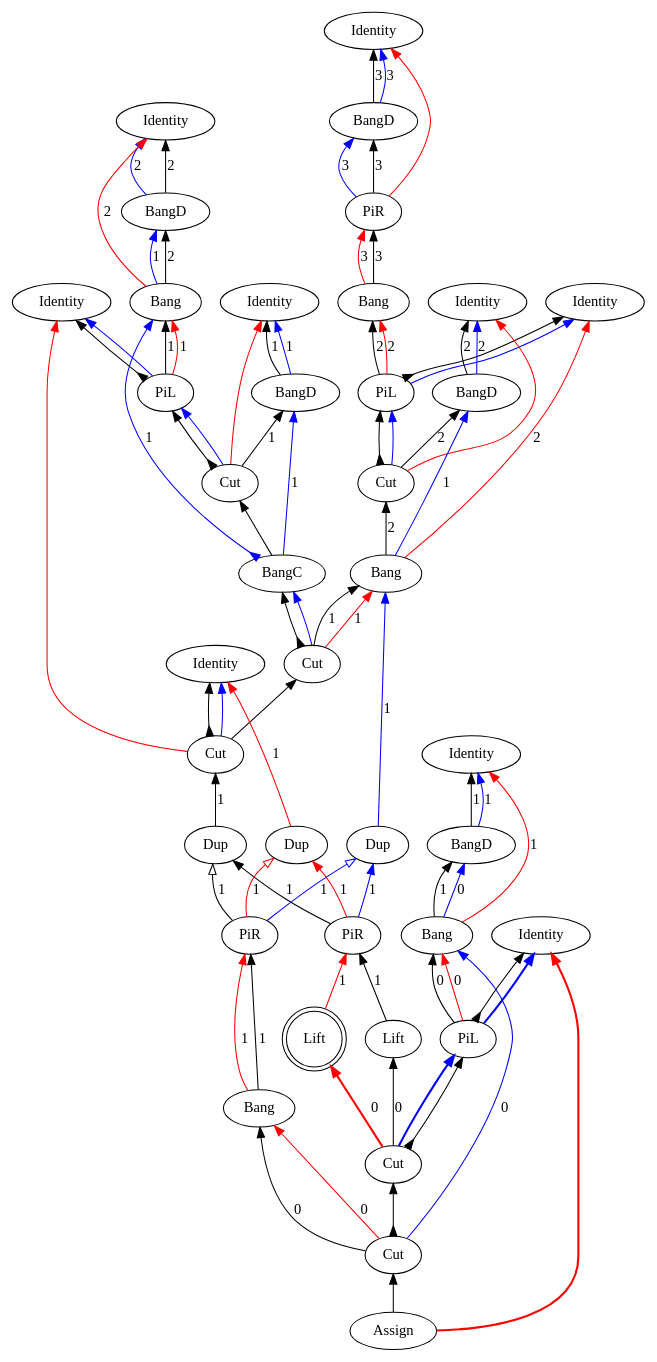
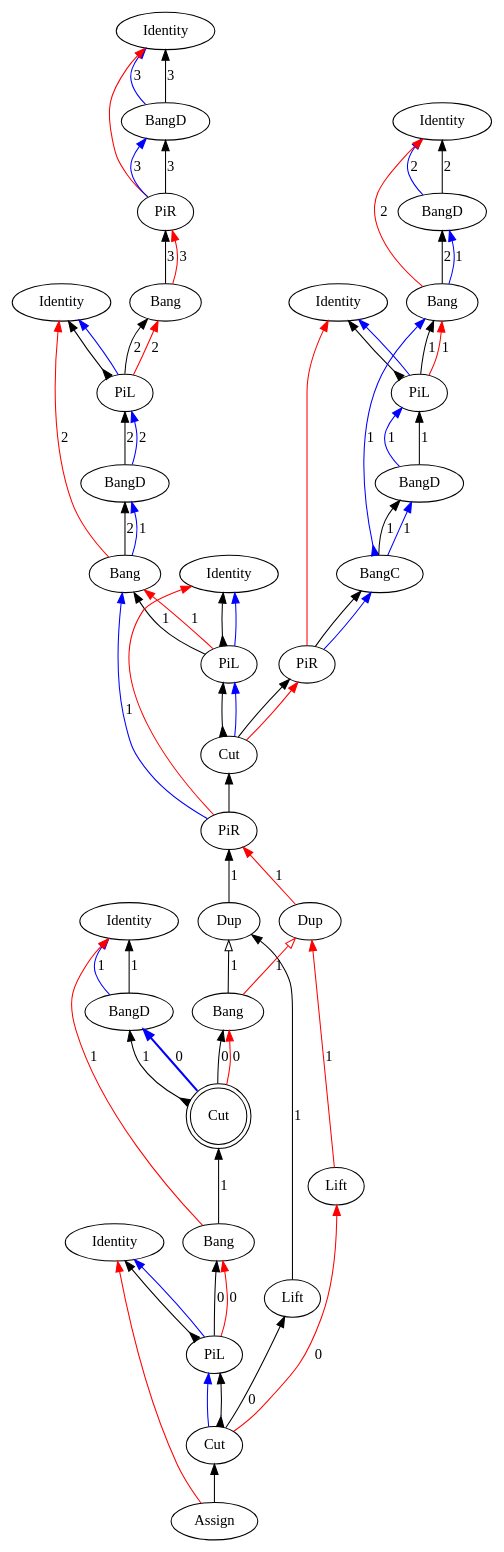
The diagram in src/core/graphs/example_m_8.dot (Mathnerd314/stroscot), drawn with Graphviz before and after one commit. The commit also changed 88 other files, not shown here.

```diff
--- a/src/core/graphs/example_m_8.dot
+++ b/src/core/graphs/example_m_8.dot
@@ -6,114 +6,99 @@
 "Bang3" [label="Bang"]
 "Identity4" [label="Identity"]
 "PiL5" [label="PiL"]
-"Identity6" [label="Identity"]
-"BangD7" [label="BangD"]
-"Cut8" [label="Cut"]
-"Bang9" [label="Bang"]
+"BangD6" [label="BangD"]
+"Bang7" [label="Bang"]
+"Identity8" [label="Identity"]
+"PiL9" [label="PiL"]
 "Identity10" [label="Identity"]
-"Identity11" [label="Identity"]
-"BangD12" [label="BangD"]
-"Bang13" [label="Bang"]
-"Identity14" [label="Identity"]
-"PiL15" [label="PiL"]
-"Identity16" [label="Identity"]
-"BangD17" [label="BangD"]
+"BangD11" [label="BangD"]
+"Bang12" [label="Bang"]
+"Identity13" [label="Identity"]
+"PiL14" [label="PiL"]
+"BangD15" [label="BangD"]
+"BangC16" [label="BangC"]
+"PiR17" [label="PiR"]
 "Cut18" [label="Cut"]
-"BangC19" [label="BangC"]
+"PiR19" [label="PiR"]
 "Identity20" [label="Identity"]
 "BangD21" [label="BangD"]
-"Bang22" [label="Bang"]
-"Identity23" [label="Identity"]
-"PiL24" [label="PiL"]
-"Assign25" [label="Assign"]
-"Cut26" [label="Cut"]
+"Identity22" [label="Identity"]
+"PiL23" [label="PiL"]
+"Assign24" [label="Assign"]
+"Dup25" [label="Dup"]
+"Dup26" [label="Dup"]
 "Cut27" [label="Cut"]
-"Bang28" [label="Bang"]
-"Cut29" [label="Cut"]
-"Cut30" [label="Cut"]
-"Lift31" [label="Lift"]
-"Lift32" [label="Lift",shape=doublecircle]
-"PiR33" [label="PiR"]
-"PiR34" [label="PiR"]
-"Dup35" [label="Dup"]
-"Dup36" [label="Dup"]
-"Dup37" [label="Dup"]
-"Bang22" -> "BangD21"[color=black,weight=5,tooltip="c_bseq24",label="1",arrowhead=normal,arrowtail=none,dir=both]
-"Bang13" -> "BangD12"[color=black,weight=5,tooltip="c_bseq58",label="2",arrowhead=normal,arrowtail=none,dir=both]
-"Bang9" -> "Cut8"[color=black,weight=5,tooltip="c_bseq67",label="2",arrowhead=normal,arrowtail=none,dir=both]
+"Lift28" [label="Lift"]
+"Lift29" [label="Lift"]
+"Bang30" [label="Bang"]
+"Cut31" [label="Cut",shape=doublecircle]
+"Bang32" [label="Bang"]
+"Cut31" -> "BangD21"[color=black,weight=5,tooltip="c_bseq24",label="1",arrowhead=normal,arrowtail=inv,dir=both]
+"Dup25" -> "PiR19"[color=black,weight=5,tooltip="c_bseq32",label="1",arrowhead=normal,arrowtail=none,dir=both]
+"Bang12" -> "BangD11"[color=black,weight=5,tooltip="c_bseq58",label="2",arrowhead=normal,arrowtail=none,dir=both]
+"Bang7" -> "BangD6"[color=black,weight=5,tooltip="c_bseq67",label="2",arrowhead=normal,arrowtail=none,dir=both]
 "Bang3" -> "PiR2"[color=black,weight=5,tooltip="c_bseq79",label="3",arrowhead=normal,arrowtail=none,dir=both]
-"Lift31" -> "PiR33"[color=black,weight=5,tooltip="c_bseq87",label="1",arrowhead=normal,arrowtail=none,dir=both]
-"Bang28" -> "PiR34"[color=black,weight=5,tooltip="c_bseq91",label="1",arrowhead=normal,arrowtail=none,dir=both]
-"Cut18" -> "PiL15"[color=black,weight=5,tooltip="c_lseq46",arrowhead=normal,arrowtail=inv,dir=both]
-"Cut8" -> "PiL5"[color=black,weight=5,tooltip="c_lseq68",arrowhead=normal,arrowtail=inv,dir=both]
-"Cut18" -> "BangD17"[color=black,weight=5,tooltip="c_rseq47",label="1",arrowhead=normal,arrowtail=none,dir=both]
-"Cut8" -> "BangD7"[color=black,weight=5,tooltip="c_rseq69",label="2",arrowhead=normal,arrowtail=none,dir=both]
-"PiL24" -> "Bang22"[color=black,weight=5,tooltip="dseq20",label="0",arrowhead=normal,arrowtail=none,dir=both]
-"PiL15" -> "Bang13"[color=black,weight=5,tooltip="dseq54",label="1",arrowhead=normal,arrowtail=none,dir=both]
-"Cut26" -> "Bang9"[color=black,weight=5,tooltip="dseq63",label="1",arrowhead=normal,arrowtail=none,dir=both]
+"Lift28" -> "Dup25"[color=black,weight=5,tooltip="c_bseq86",label="1",arrowhead=normal,arrowtail=none,dir=both]
+"Bang30" -> "Dup25"[color=black,weight=5,tooltip="c_bseq90",label="1",arrowhead=onormal,arrowtail=none,dir=both]
+"Cut18" -> "PiL9"[color=black,weight=5,tooltip="c_lseq36",arrowhead=normal,arrowtail=inv,dir=both]
+"Cut18" -> "PiR17"[color=black,weight=5,tooltip="c_rseq37",arrowhead=normal,arrowtail=none,dir=both]
+"PiL23" -> "Bang32"[color=black,weight=5,tooltip="dseq20",label="0",arrowhead=normal,arrowtail=none,dir=both]
+"PiL14" -> "Bang12"[color=black,weight=5,tooltip="dseq54",label="1",arrowhead=normal,arrowtail=none,dir=both]
+"PiL9" -> "Bang7"[color=black,weight=5,tooltip="dseq63",label="1",arrowhead=normal,arrowtail=none,dir=both]
 "PiL5" -> "Bang3"[color=black,weight=5,tooltip="dseq76",label="2",arrowhead=normal,arrowtail=none,dir=both]
-"Cut29" -> "Bang28"[color=black,weight=5,tooltip="dseq93",label="0",arrowhead=normal,arrowtail=none,dir=both]
-"PiR33" -> "Dup36"[color=blue,weight=2,tooltip="h101",label="1",arrowhead=normal,arrowtail=none,dir=both]
-"PiR34" -> "Dup36"[color=blue,weight=2,tooltip="h105",label="1",arrowhead=onormal,arrowtail=none,dir=both]
-"Dup36" -> "Bang9"[color=blue,weight=2,tooltip="h34",label="1",arrowhead=normal,arrowtail=none,dir=both]
-"Bang9" -> "BangD7"[color=blue,weight=2,tooltip="hf65",label="1",arrowhead=normal,arrowtail=none,dir=both]
-"BangD7" -> "Identity6"[color=blue,weight=2,tooltip="hret73",label="2",arrowhead=normal,arrowtail=none,dir=both]
-"BangD7" -> "Identity6"[color=black,weight=5,tooltip="hseq72",label="2",arrowhead=normal,arrowtail=none,dir=both]
+"PiR19" -> "Bang7"[color=blue,weight=2,tooltip="h34",label="1",arrowhead=normal,arrowtail=none,dir=both]
+"Bang7" -> "BangD6"[color=blue,weight=2,tooltip="hf65",label="1",arrowhead=normal,arrowtail=none,dir=both]
+"BangD6" -> "PiL5"[color=black,weight=5,tooltip="hseq72",label="2",arrowhead=normal,arrowtail=none,dir=both]
 "PiR2" -> "BangD1"[color=blue,weight=2,tooltip="i81",label="3",arrowhead=normal,arrowtail=none,dir=both]
-"PiL24" -> "Identity23"[color=black,weight=5,tooltip="idseq21",arrowhead=normal,arrowtail=inv,dir=both]
-"PiL15" -> "Identity14"[color=black,weight=5,tooltip="idseq55",arrowhead=normal,arrowtail=inv,dir=both]
-"Cut27" -> "Identity10"[color=black,weight=5,tooltip="idseq64",arrowhead=normal,arrowtail=inv,dir=both]
+"PiL23" -> "Identity22"[color=black,weight=5,tooltip="idseq21",arrowhead=normal,arrowtail=inv,dir=both]
+"PiL14" -> "Identity13"[color=black,weight=5,tooltip="idseq55",arrowhead=normal,arrowtail=inv,dir=both]
+"PiL9" -> "Identity8"[color=black,weight=5,tooltip="idseq64",arrowhead=normal,arrowtail=inv,dir=both]
 "PiL5" -> "Identity4"[color=black,weight=5,tooltip="idseq77",arrowhead=normal,arrowtail=inv,dir=both]
 "BangD1" -> "Identity0"[color=blue,weight=2,tooltip="iret84",label="3",arrowhead=normal,arrowtail=none,dir=both]
 "BangD1" -> "Identity0"[color=black,weight=5,tooltip="iseq83",label="3",arrowhead=normal,arrowtail=none,dir=both]
-"PiL24" -> "Identity23"[color=blue,weight=2,tooltip="lret19",arrowhead=normal,arrowtail=none,penwidth=2,dir=both]
-"PiL15" -> "Identity14"[color=blue,weight=2,tooltip="lret53",arrowhead=normal,arrowtail=none,dir=both]
-"Cut27" -> "Identity10"[color=blue,weight=2,tooltip="lret62",arrowhead=normal,arrowtail=none,dir=both]
+"PiL23" -> "Identity22"[color=blue,weight=2,tooltip="lret19",arrowhead=normal,arrowtail=none,dir=both]
+"PiL14" -> "Identity13"[color=blue,weight=2,tooltip="lret53",arrowhead=normal,arrowtail=none,dir=both]
+"PiL9" -> "Identity8"[color=blue,weight=2,tooltip="lret62",arrowhead=normal,arrowtail=none,dir=both]
 "PiL5" -> "Identity4"[color=blue,weight=2,tooltip="lret75",arrowhead=normal,arrowtail=none,dir=both]
-"Cut30" -> "PiL24"[color=blue,weight=2,tooltip="lval14",arrowhead=normal,arrowtail=none,penwidth=2,dir=both]
-"Cut18" -> "PiL15"[color=blue,weight=2,tooltip="lval48",arrowhead=normal,arrowtail=none,dir=both]
-"Cut8" -> "PiL5"[color=blue,weight=2,tooltip="lval70",arrowhead=normal,arrowtail=none,dir=both]
-"PiL24" -> "Bang22"[color=red,weight=2,tooltip="newrret18",label="0",arrowhead=normal,arrowtail=none,dir=both]
-"PiL15" -> "Bang13"[color=red,weight=2,tooltip="newrret52",label="1",arrowhead=normal,arrowtail=none,dir=both]
-"Cut26" -> "Bang9"[color=red,weight=2,tooltip="newrret61",label="1",arrowhead=normal,arrowtail=none,dir=both]
+"Cut27" -> "PiL23"[color=blue,weight=2,tooltip="lval14",arrowhead=normal,arrowtail=none,dir=both]
+"Cut18" -> "PiL9"[color=blue,weight=2,tooltip="lval38",arrowhead=normal,arrowtail=none,dir=both]
+"BangD15" -> "PiL14"[color=blue,weight=2,tooltip="lval48",label="1",arrowhead=normal,arrowtail=none,dir=both]
+"BangD6" -> "PiL5"[color=blue,weight=2,tooltip="lval70",label="2",arrowhead=normal,arrowtail=none,dir=both]
+"Bang32" -> "Cut31"[color=black,weight=5,tooltip="newcut_bseq100",label="1",arrowhead=normal,arrowtail=none,dir=both]
+"Cut31" -> "Bang30"[color=black,weight=5,tooltip="newcut_rseq99",label="0",arrowhead=normal,arrowtail=none,dir=both]
+"PiL23" -> "Bang32"[color=red,weight=2,tooltip="newrret18",label="0",arrowhead=normal,arrowtail=none,dir=both]
+"PiL14" -> "Bang12"[color=red,weight=2,tooltip="newrret52",label="1",arrowhead=normal,arrowtail=none,dir=both]
+"PiL9" -> "Bang7"[color=red,weight=2,tooltip="newrret61",label="1",arrowhead=normal,arrowtail=none,dir=both]
 "PiL5" -> "Bang3"[color=red,weight=2,tooltip="newrret74",label="2",arrowhead=normal,arrowtail=none,dir=both]
-"Cut29" -> "Bang28"[color=red,weight=2,tooltip="newrret94",label="0",arrowhead=normal,arrowtail=none,dir=both]
-"Bang22" -> "Identity20"[color=red,weight=2,tooltip="newrretf23",label="1",arrowhead=normal,arrowtail=none,dir=both]
-"Bang13" -> "Identity11"[color=red,weight=2,tooltip="newrretf57",label="2",arrowhead=normal,arrowtail=none,dir=both]
-"Bang9" -> "Identity4"[color=red,weight=2,tooltip="newrretf66",label="2",arrowhead=normal,arrowtail=none,dir=both]
+"Cut31" -> "Bang30"[color=red,weight=2,tooltip="newrret93",label="0",arrowhead=normal,arrowtail=none,dir=both]
+"Bang32" -> "Identity20"[color=red,weight=2,tooltip="newrretf23",label="1",arrowhead=normal,arrowtail=none,dir=both]
+"Dup26" -> "PiR19"[color=red,weight=2,tooltip="newrretf31",label="1",arrowhead=normal,arrowtail=none,dir=both]
+"Bang12" -> "Identity10"[color=red,weight=2,tooltip="newrretf57",label="2",arrowhead=normal,arrowtail=none,dir=both]
+"Bang7" -> "Identity4"[color=red,weight=2,tooltip="newrretf66",label="2",arrowhead=normal,arrowtail=none,dir=both]
 "Bang3" -> "PiR2"[color=red,weight=2,tooltip="newrretf78",label="3",arrowhead=normal,arrowtail=none,dir=both]
-"Lift32" -> "PiR33"[color=red,weight=2,tooltip="newrretf88",label="1",arrowhead=normal,arrowtail=none,dir=both]
-"Bang28" -> "PiR34"[color=red,weight=2,tooltip="newrretf92",label="1",arrowhead=normal,arrowtail=none,dir=both]
-"PiR33" -> "Dup37"[color=red,weight=2,tooltip="ret102",label="1",arrowhead=normal,arrowtail=none,dir=both]
-"PiR34" -> "Dup37"[color=red,weight=2,tooltip="ret106",label="1",arrowhead=onormal,arrowtail=none,dir=both]
-"Dup37" -> "Identity10"[color=red,weight=2,tooltip="ret35",label="1",arrowhead=normal,arrowtail=none,dir=both]
-"Cut27" -> "Identity14"[color=red,weight=2,tooltip="ret42",arrowhead=normal,arrowtail=none,dir=both]
-"Assign25" -> "Identity23"[color=red,weight=2,tooltip="ret8",arrowhead=normal,arrowtail=none,penwidth=2,dir=both]
+"Lift29" -> "Dup26"[color=red,weight=2,tooltip="newrretf87",label="1",arrowhead=normal,arrowtail=none,dir=both]
+"Bang30" -> "Dup26"[color=red,weight=2,tooltip="newrretf91",label="1",arrowhead=onormal,arrowtail=none,dir=both]
+"PiR19" -> "Identity8"[color=red,weight=2,tooltip="ret35",arrowhead=normal,arrowtail=none,dir=both]
+"PiR17" -> "Identity13"[color=red,weight=2,tooltip="ret42",arrowhead=normal,arrowtail=none,dir=both]
+"Assign24" -> "Identity22"[color=red,weight=2,tooltip="ret8",arrowhead=normal,arrowtail=none,dir=both]
 "PiR2" -> "Identity0"[color=red,weight=2,tooltip="ret82",arrowhead=normal,arrowtail=none,dir=both]
-"Assign25" -> "Cut29"[color=black,weight=5,tooltip="retseq0",arrowhead=normal,arrowtail=none,dir=both]
-"Cut18" -> "Identity16"[color=red,weight=2,tooltip="rval49",arrowhead=normal,arrowtail=none,dir=both]
-"Cut8" -> "Identity6"[color=red,weight=2,tooltip="rval71",arrowhead=normal,arrowtail=none,dir=both]
-"PiR33" -> "Dup35"[color=black,weight=5,tooltip="seq100",label="1",arrowhead=normal,arrowtail=none,dir=both]
-"PiR34" -> "Dup35"[color=black,weight=5,tooltip="seq104",label="1",arrowhead=onormal,arrowtail=none,dir=both]
-"Dup35" -> "Cut27"[color=black,weight=5,tooltip="seq33",label="1",arrowhead=normal,arrowtail=none,dir=both]
-"Cut26" -> "BangC19"[color=black,weight=5,tooltip="seq40",arrowhead=normal,arrowtail=inv,dir=both]
-"BangC19" -> "Cut18"[color=black,weight=5,tooltip="seq45",arrowhead=normal,arrowtail=none,dir=both]
+"Cut18" -> "PiR17"[color=red,weight=2,tooltip="rval39",arrowhead=normal,arrowtail=none,dir=both]
+"PiR19" -> "Cut18"[color=black,weight=5,tooltip="seq33",arrowhead=normal,arrowtail=none,dir=both]
+"PiR17" -> "BangC16"[color=black,weight=5,tooltip="seq40",arrowhead=normal,arrowtail=none,dir=both]
+"BangC16" -> "BangD15"[color=black,weight=5,tooltip="seq45",label="1",arrowhead=normal,arrowtail=none,dir=both]
 "PiR2" -> "BangD1"[color=black,weight=5,tooltip="seq80",label="3",arrowhead=normal,arrowtail=none,dir=both]
-"Cut29" -> "Cut30"[color=black,weight=5,tooltip="seqBC95",arrowhead=normal,arrowtail=inv,dir=both]
-"Cut30" -> "Lift32"[color=red,weight=2,tooltip="seqDM97",label="0",arrowhead=normal,arrowtail=none,penwidth=2,dir=both]
-"Cut30" -> "Lift31"[color=black,weight=5,tooltip="seqDS96",label="0",arrowhead=normal,arrowtail=none,dir=both]
-"Cut27" -> "Cut26"[color=black,weight=5,tooltip="seqP86",arrowhead=normal,arrowtail=none,dir=both]
-"Cut29" -> "Bang22"[color=blue,weight=2,tooltip="xB10",label="0",arrowhead=normal,arrowtail=none,dir=both]
-"Bang22" -> "BangD21"[color=blue,weight=2,tooltip="xBf22",label="0",arrowhead=normal,arrowtail=none,dir=both]
+"Assign24" -> "Cut27"[color=black,weight=5,tooltip="seqBC94",arrowhead=normal,arrowtail=none,dir=both]
+"Cut27" -> "Lift29"[color=red,weight=2,tooltip="seqDM96",label="0",arrowhead=normal,arrowtail=none,dir=both]
+"Cut27" -> "Lift28"[color=black,weight=5,tooltip="seqDS95",label="0",arrowhead=normal,arrowtail=none,dir=both]
+"Cut31" -> "BangD21"[color=blue,weight=2,tooltip="xBf22",label="0",arrowhead=normal,arrowtail=none,penwidth=2,dir=both]
 "BangD21" -> "Identity20"[color=blue,weight=2,tooltip="xret26",label="1",arrowhead=normal,arrowtail=none,dir=both]
-"Cut30" -> "PiL24"[color=black,weight=5,tooltip="xseq16",arrowhead=normal,arrowtail=inv,dir=both]
+"Cut27" -> "PiL23"[color=black,weight=5,tooltip="xseq16",arrowhead=normal,arrowtail=inv,dir=both]
 "BangD21" -> "Identity20"[color=black,weight=5,tooltip="xseq25",label="1",arrowhead=normal,arrowtail=none,dir=both]
-"Cut26" -> "BangC19"[color=blue,weight=2,tooltip="y41",arrowhead=normal,arrowtail=none,dir=both]
-"BangC19" -> "BangD17"[color=blue,weight=2,tooltip="yA43",label="1",arrowhead=normal,arrowtail=none,dir=both]
-"BangC19" -> "Bang13"[color=blue,weight=2,tooltip="yB44",label="1",arrowhead=normal,arrowtail=inv,dir=both]
-"Bang13" -> "BangD12"[color=blue,weight=2,tooltip="yBf56",label="1",arrowhead=normal,arrowtail=none,dir=both]
-"BangD17" -> "Identity16"[color=blue,weight=2,tooltip="yret51",label="1",arrowhead=normal,arrowtail=none,dir=both]
-"BangD12" -> "Identity11"[color=blue,weight=2,tooltip="yret60",label="2",arrowhead=normal,arrowtail=none,dir=both]
-"BangD17" -> "Identity16"[color=black,weight=5,tooltip="yseq50",label="1",arrowhead=normal,arrowtail=none,dir=both]
-"BangD12" -> "Identity11"[color=black,weight=5,tooltip="yseq59",label="2",arrowhead=normal,arrowtail=none,dir=both]
+"PiR17" -> "BangC16"[color=blue,weight=2,tooltip="y41",arrowhead=normal,arrowtail=none,dir=both]
+"BangC16" -> "BangD15"[color=blue,weight=2,tooltip="yA43",label="1",arrowhead=normal,arrowtail=none,dir=both]
+"BangC16" -> "Bang12"[color=blue,weight=2,tooltip="yB44",label="1",arrowhead=normal,arrowtail=inv,dir=both]
+"Bang12" -> "BangD11"[color=blue,weight=2,tooltip="yBf56",label="1",arrowhead=normal,arrowtail=none,dir=both]
+"BangD11" -> "Identity10"[color=blue,weight=2,tooltip="yret60",label="2",arrowhead=normal,arrowtail=none,dir=both]
+"BangD15" -> "PiL14"[color=black,weight=5,tooltip="yseq50",label="1",arrowhead=normal,arrowtail=none,dir=both]
+"BangD11" -> "Identity10"[color=black,weight=5,tooltip="yseq59",label="2",arrowhead=normal,arrowtail=none,dir=both]
 }
```
